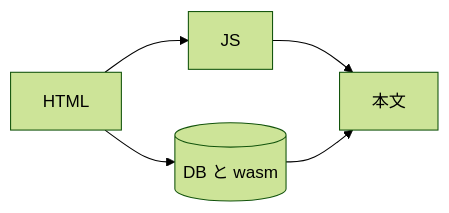
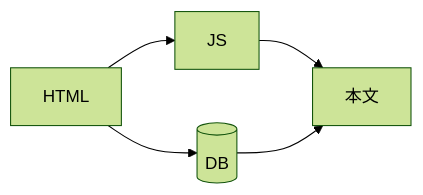
The first of 7 diagrams in example/content/articles/complex-mixed.md (tett23/sqlite-cms), drawn with Mermaid (forest theme) before and after one commit. The commit also changed other lines of this file and 34 other files, not shown here.

````diff
--- a/example/content/articles/complex-mixed.md
+++ b/example/content/articles/complex-mixed.md
@@ -22,5 +22,5 @@
 ```mermaid
 graph LR
   A[HTML] --> B[JS] --> D[本文]
-  A --> C[(DB と wasm)] --> D
+  A --> C[(DB)] --> D
 ```
````
